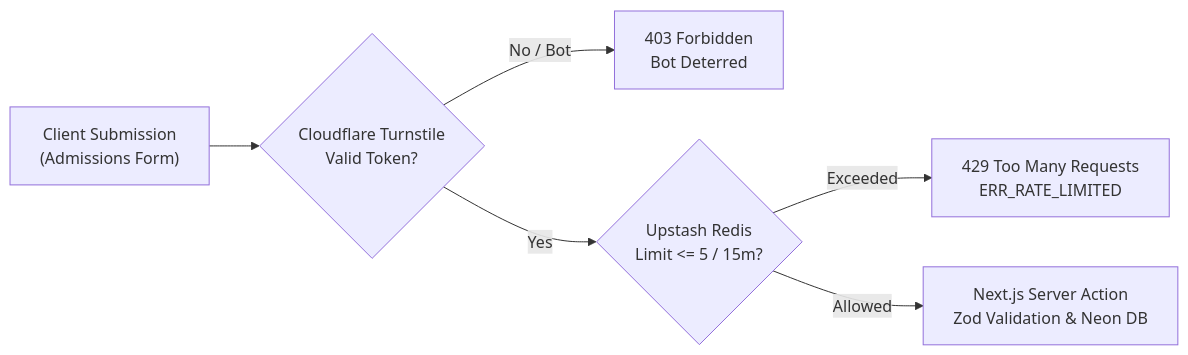
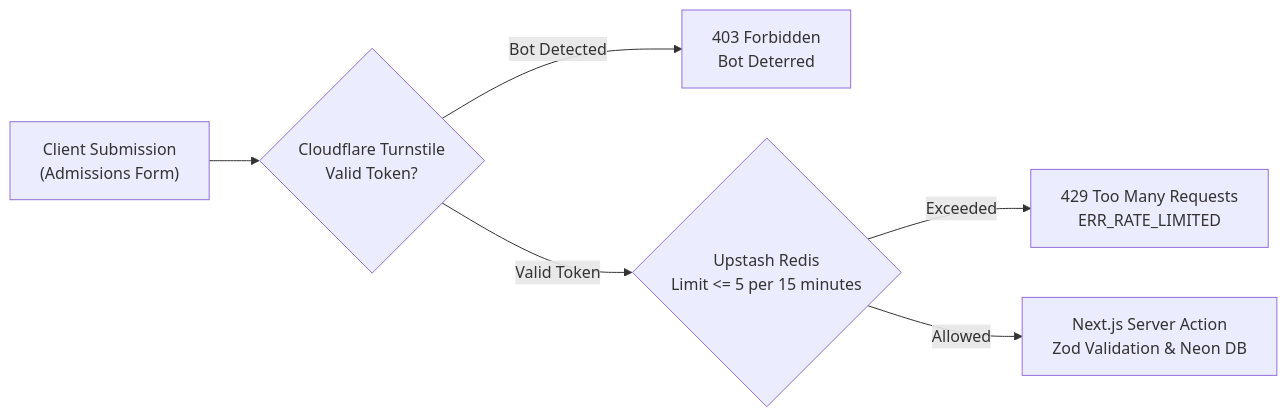
Before and after one commit to Mafrilearth/albirru-school-management-monorepo: the second of 2 diagrams in .github/SECURITY.md, drawn with Mermaid. The commit also changed other lines of this file and 1 other file, not shown here.

````diff
--- a/.github/SECURITY.md
+++ b/.github/SECURITY.md
@@ -56,8 +56,8 @@
 ```mermaid
 flowchart LR
     Client["Client Submission<br/>(Admissions Form)"] --> Turnstile{"Cloudflare Turnstile<br/>Valid Token?"}
-    Turnstile -->|No / Bot| Reject["403 Forbidden<br/>Bot Deterred"]
-    Turnstile -->|Yes| RateLimit{"Upstash Redis<br/>Limit <= 5 / 15m?"}
+    Turnstile -->|Bot Detected| Reject["403 Forbidden<br/>Bot Deterred"]
+    Turnstile -->|Valid Token| RateLimit{"Upstash Redis<br/>Limit <= 5 per 15 minutes"}
     RateLimit -->|Exceeded| Throttle["429 Too Many Requests<br/>ERR_RATE_LIMITED"]
     RateLimit -->|Allowed| Action["Next.js Server Action<br/>Zod Validation & Neon DB"]
 ```
````
